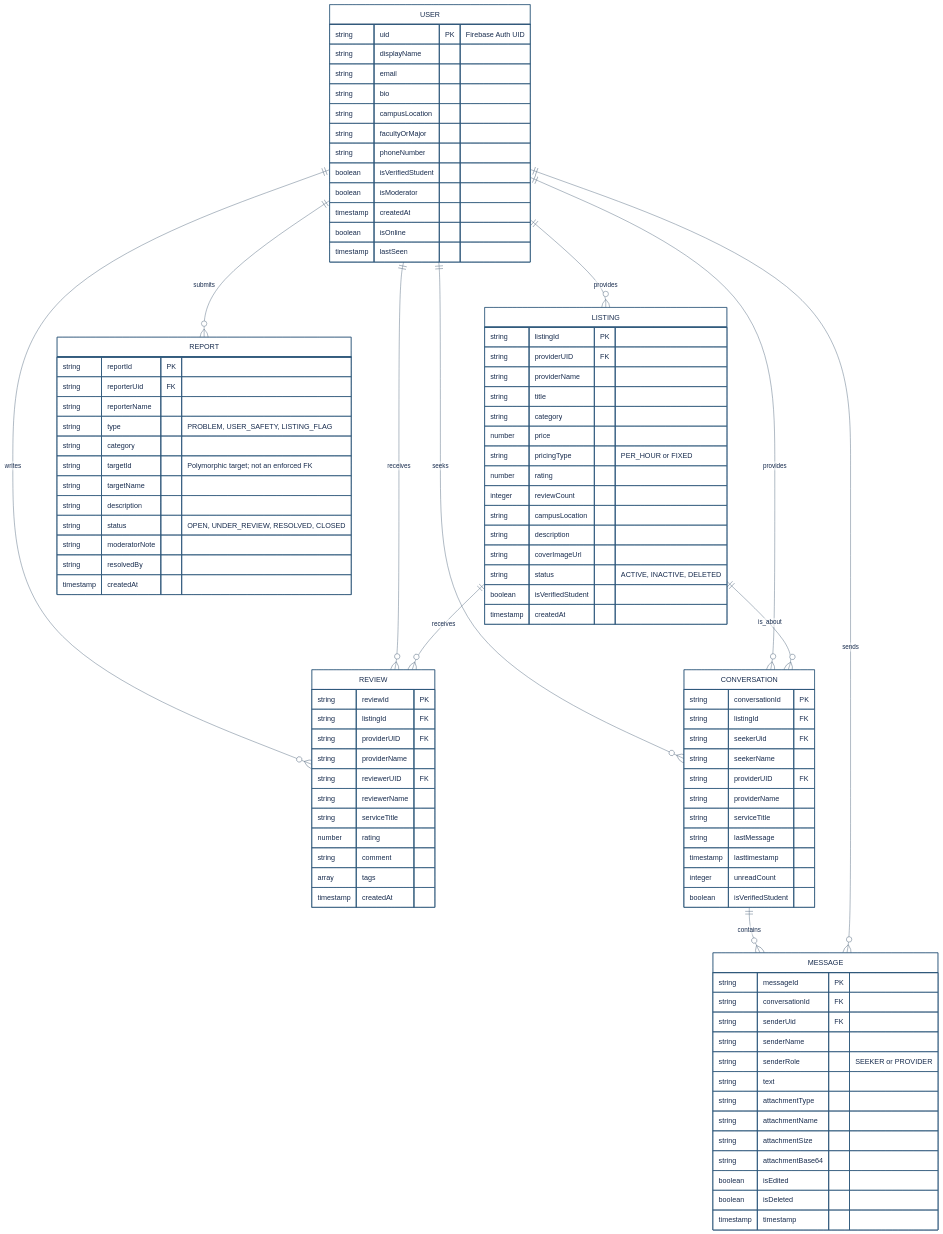
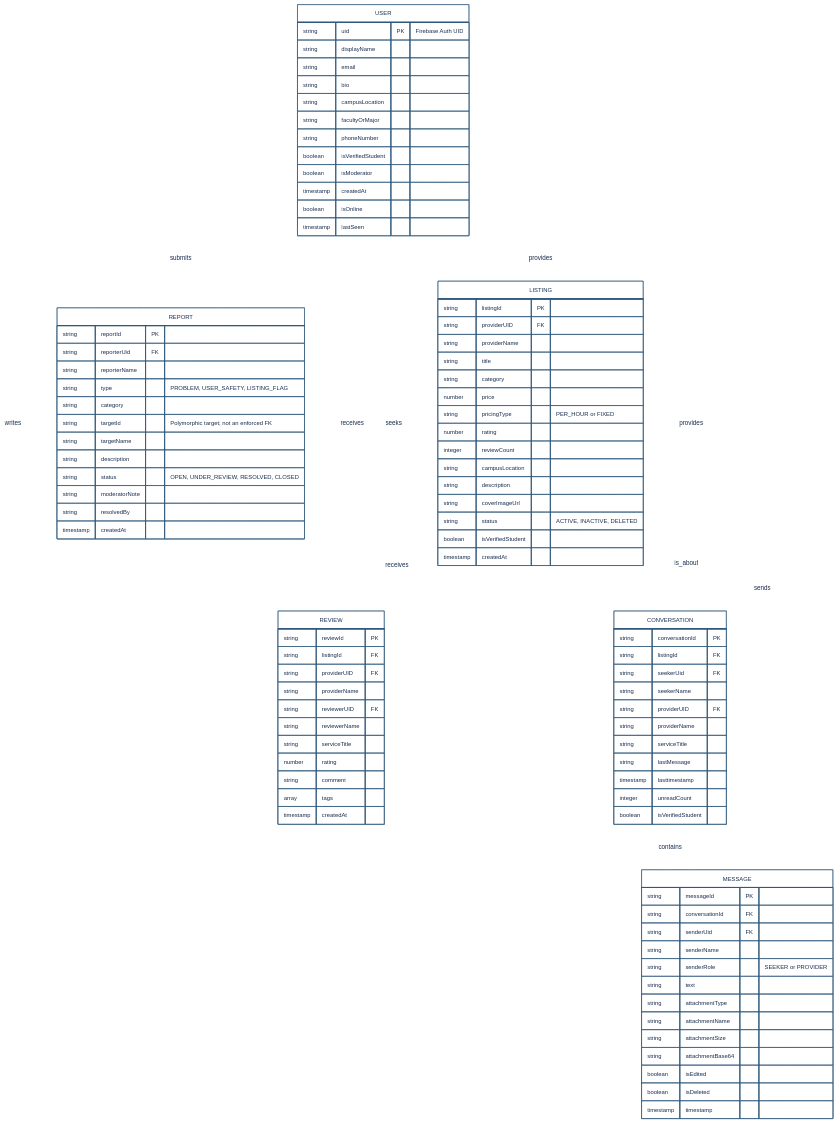
The diagram in README.md (yonggk16/CampusHive), drawn with Mermaid before and after one commit.

Commit message:
Change fontSize from 16 to 13 in README.md

```diff
--- a/README.md
+++ b/README.md
@@ -109,14 +109,14 @@
     'entityPadding': 16,
     'stroke': '#315A7D',
     'fill': '#EAF2F8',
-    'fontSize': 16
+    'fontSize': 13
   },
   'themeVariables': {
     'background': '#FFFFFF',
     'primaryColor': '#EAF2F8',
     'primaryTextColor': '#172B4D',
     'primaryBorderColor': '#315A7D',
-    'lineColor': '#52677D',
+    'lineColor': '#FFFFFF',
     'secondaryColor': '#F1F5F9',
     'tertiaryColor': '#FFFFFF',
     'mainBkg': '#FFFFFF',
@@ -126,7 +126,7 @@
     'attributeBackgroundColorOdd': '#FFFFFF',
     'attributeBackgroundColorEven': '#F1F5F9',
     'fontFamily': 'Helvetica, Arial, sans-serif',
-    'fontSize': '16px'
+    'fontSize': '13px'
   }
 }}%%
 erDiagram
```
